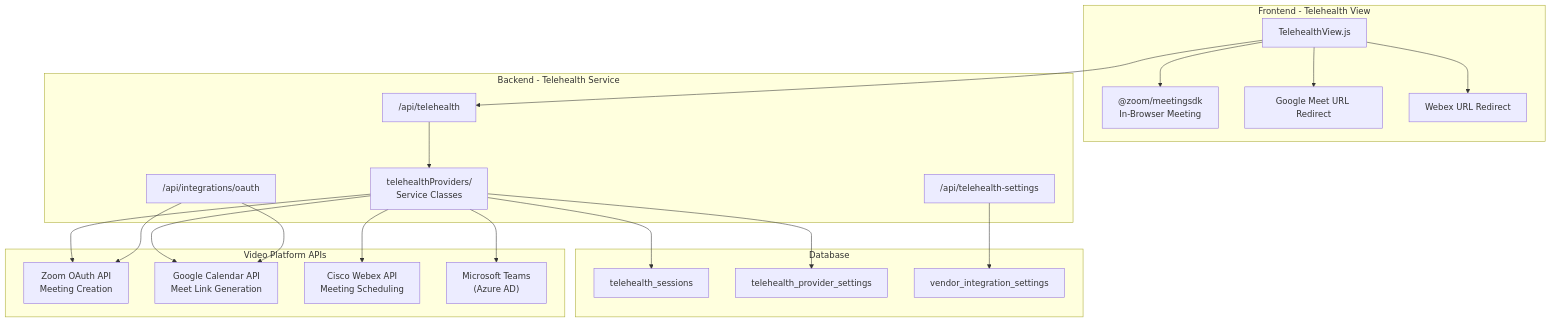
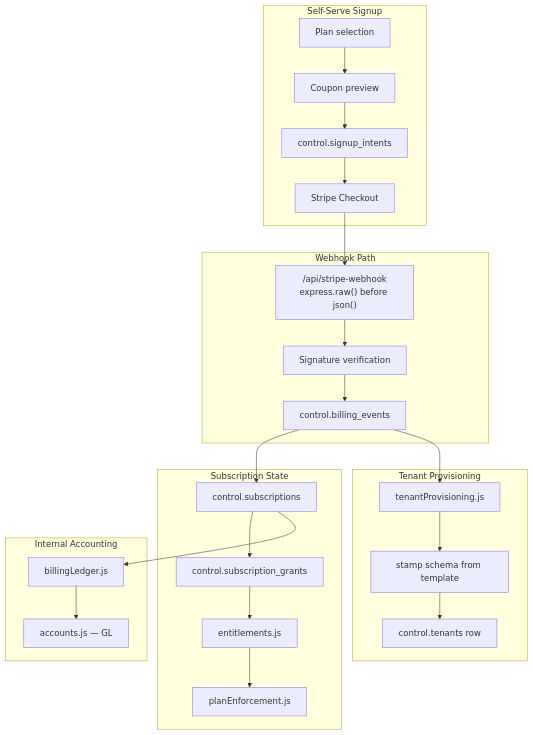
One commit to rajbizchannels/AureonCare changed diagram 13 of 19 in ARCHITECTURE_DIAGRAM.md. Above: the diagram before and after it, drawn with Mermaid. The commit also changed other lines of this file, not shown here.

First line of the commit message:
Update the architecture diagram to match the code as it stands

````diff
--- a/ARCHITECTURE_DIAGRAM.md
+++ b/ARCHITECTURE_DIAGRAM.md
@@ -592,47 +577,39 @@
 ```mermaid
 graph TB
-    subgraph FE_TELE["Frontend - Telehealth View"]
-        TELE_UI["TelehealthView.js"]
-        ZOOM_SDK_FE["@zoom/meetingsdk<br/>In-Browser Meeting"]
-        GMEET_URL["Google Meet URL Redirect"]
-        WEBEX_URL["Webex URL Redirect"]
+    subgraph Signup["Self-Serve Signup"]
+        PLAN["Plan selection"]
+        COUPON["Coupon preview"]
+        INTENT["control.signup_intents"]
+        CHECKOUT["Stripe Checkout"]
     end
 
-    subgraph BE_TELE["Backend - Telehealth Service"]
-        TELE_ROUTE["/api/telehealth"]
-        TELE_SETT["/api/telehealth-settings"]
-        OAUTH_ROUTE["/api/integrations/oauth"]
-        TELE_SVC_B["telehealthProviders/<br/>Service Classes"]
+    subgraph Webhook["Webhook Path"]
+        RAWW["/api/stripe-webhook<br/>express.raw() before json()"]
+        VERIFY["Signature verification"]
+        EVENTS["control.billing_events"]
     end
 
-    subgraph Providers["Video Platform APIs"]
-        ZOOM_API["Zoom OAuth API<br/>Meeting Creation"]
-        GMEET_API["Google Calendar API<br/>Meet Link Generation"]
-        WEBEX_API["Cisco Webex API<br/>Meeting Scheduling"]
-        TEAMS_API["Microsoft Teams<br/>(Azure AD)"]
+    subgraph State["Subscription State"]
+        SUBS["control.subscriptions"]
+        GRANTS["control.subscription_grants"]
+        ENTL["entitlements.js"]
+        ENFORCE["planEnforcement.js"]
     end
 
-    subgraph DB_TELE["Database"]
-        TELE_DB["telehealth_sessions"]
-        TELE_SET_DB["telehealth_provider_settings"]
-        VENDOR_DB["vendor_integration_settings"]
+    subgraph Provision["Tenant Provisioning"]
+        PROV["tenantProvisioning.js"]
+        STAMP["stamp schema from template"]
+        TENREC["control.tenants row"]
     end
 
-    TELE_UI --> ZOOM_SDK_FE
-    TELE_UI --> GMEET_URL
-    TELE_UI --> WEBEX_URL
-    TELE_UI --> TELE_ROUTE
+    subgraph Ledger["Internal Accounting"]
+        BL["billingLedger.js"]
+        ACCT["accounts.js — GL"]
+    end
 
-    TELE_ROUTE --> TELE_SVC_B
-    TELE_SETT --> VENDOR_DB
-    OAUTH_ROUTE --> ZOOM_API
-    OAUTH_ROUTE --> GMEET_API
-
-    TELE_SVC_B --> ZOOM_API
-    TELE_SVC_B --> GMEET_API
-    TELE_SVC_B --> WEBEX_API
-    TELE_SVC_B --> TEAMS_API
-
-    TELE_SVC_B --> TELE_DB
-    TELE_SVC_B --> TELE_SET_DB
+    PLAN --> COUPON --> INTENT --> CHECKOUT
+    CHECKOUT --> RAWW --> VERIFY --> EVENTS
+    EVENTS --> SUBS --> GRANTS --> ENTL --> ENFORCE
+    EVENTS --> PROV --> STAMP --> TENREC
+    SUBS --> BL --> ACCT
 ```
````
